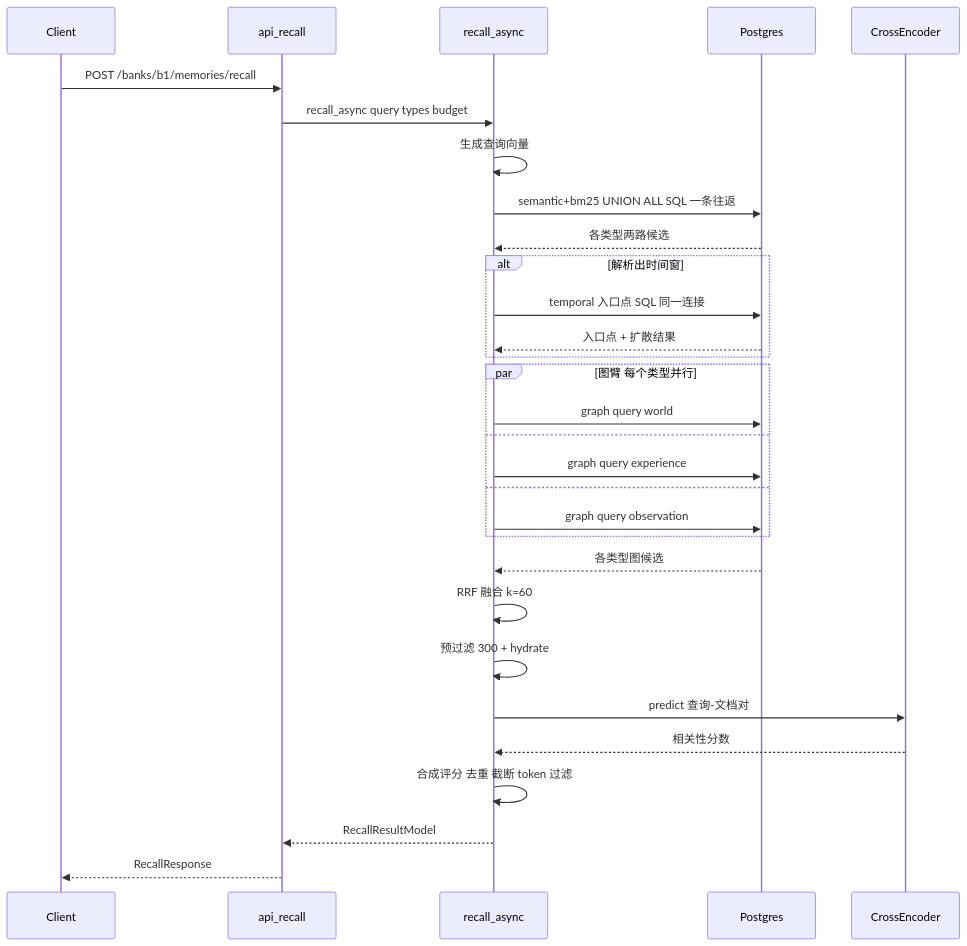
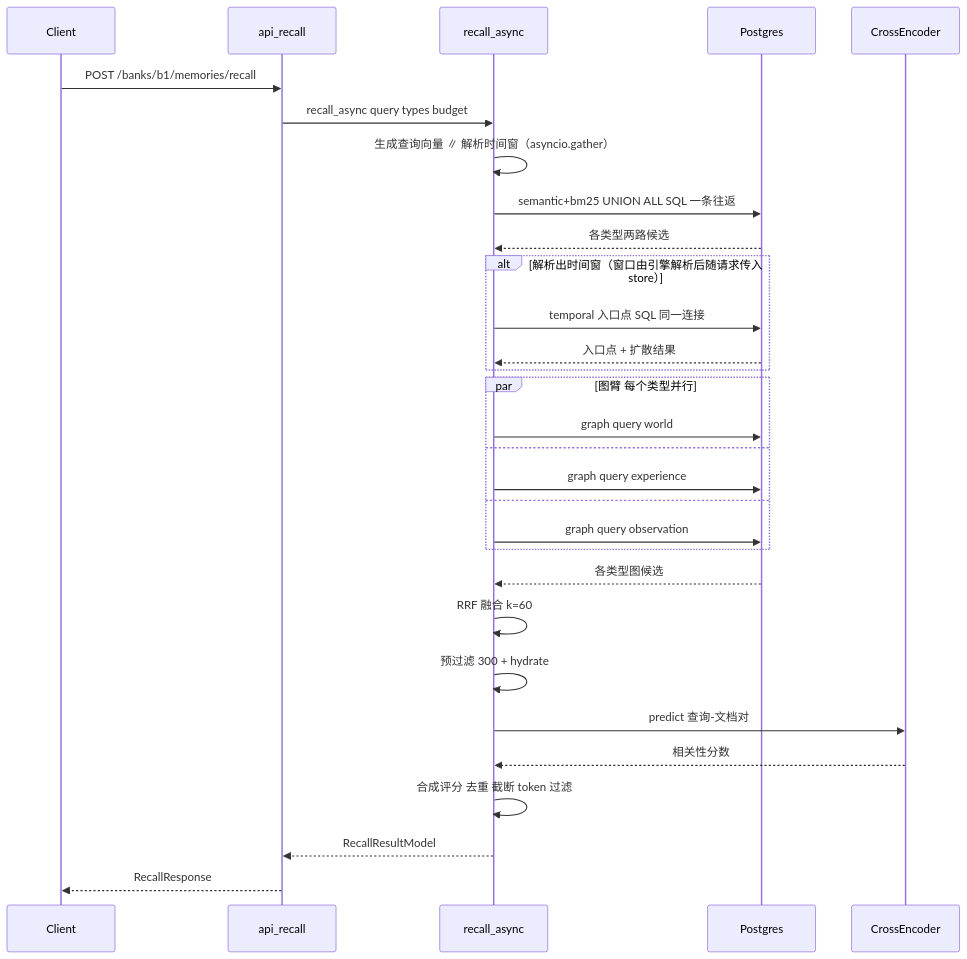
The second of 2 diagrams in docs/hindsight/source-study/03-recall-检索系统.md (stefanv5/memory-platform-architecture), drawn with Mermaid before and after one commit. The commit also changed other lines of this file and 10 other files, not shown here.

````diff
--- a/docs/hindsight/source-study/03-recall-检索系统.md
+++ b/docs/hindsight/source-study/03-recall-检索系统.md
@@ -130,33 +131,33 @@
 ```mermaid
 sequenceDiagram
     participant C as Client
     participant H as api_recall
     participant E as recall_async
     participant P as Postgres
     participant X as CrossEncoder
 
     C->>H: POST /banks/b1/memories/recall
     H->>E: recall_async query types budget
-    E->>E: 生成查询向量
+    E->>E: 生成查询向量 ∥ 解析时间窗（asyncio.gather）
     E->>P: semantic+bm25 UNION ALL SQL 一条往返
     P-->>E: 各类型两路候选
-    alt 解析出时间窗
+    alt 解析出时间窗（窗口由引擎解析后随请求传入 store）
         E->>P: temporal 入口点 SQL 同一连接
         P-->>E: 入口点 + 扩散结果
     end
     par 图臂 每个类型并行
         E->>P: graph query world
     and
         E->>P: graph query experience
     and
         E->>P: graph query observation
     end
     P-->>E: 各类型图候选
     E->>E: RRF 融合 k=60
     E->>E: 预过滤 300 + hydrate
     E->>X: predict 查询-文档对
     X-->>E: 相关性分数
     E->>E: 合成评分 去重 截断 token 过滤
     E-->>H: RecallResultModel
     H-->>C: RecallResponse
 ```
````
